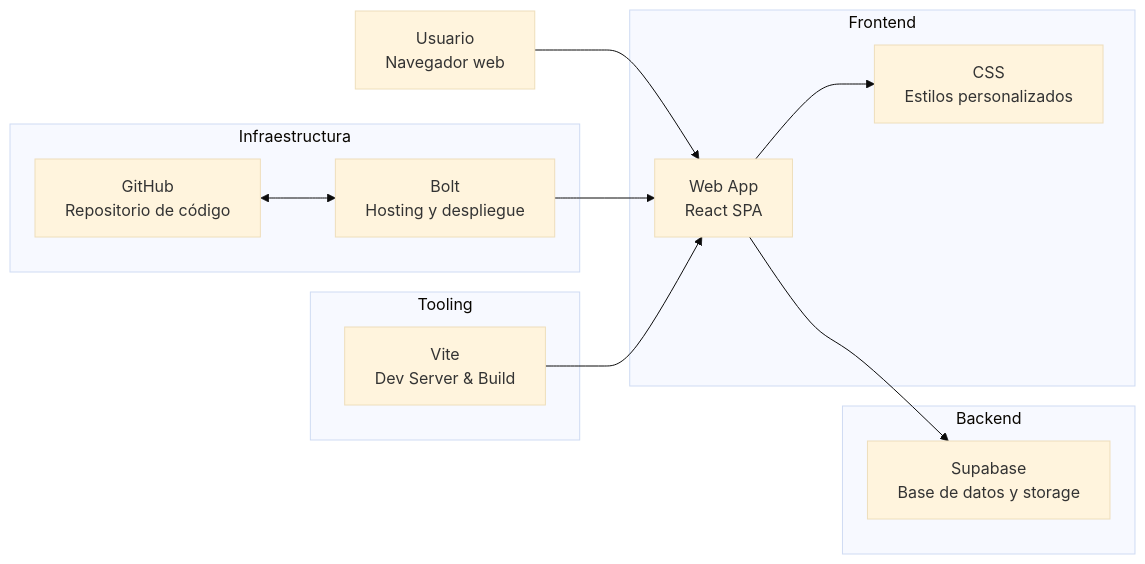
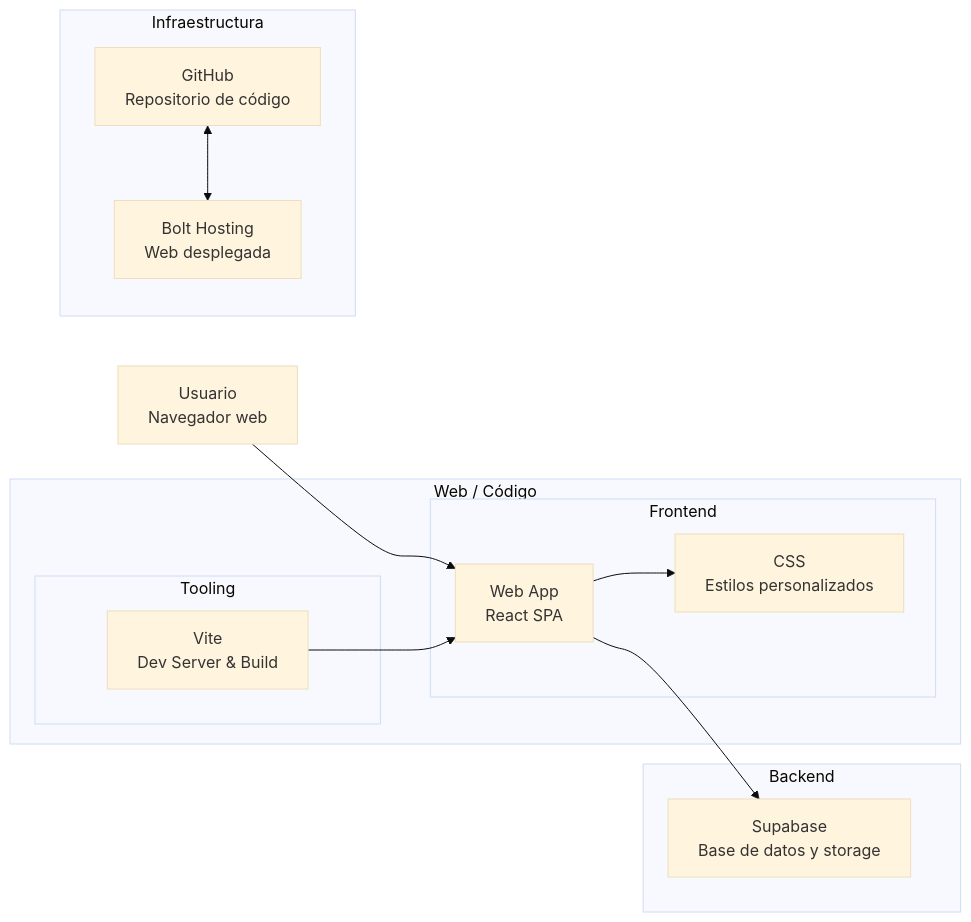
The diagram in README.md (nicomencia/peredaweb), drawn with Mermaid (base theme) before and after one commit. The commit also changed other lines of this file, not shown here.

````diff
--- a/README.md
+++ b/README.md
@@ -11,32 +11,32 @@
 ```mermaid
 flowchart LR
     User[Usuario<br/>Navegador web]
 
-    subgraph Frontend
-        Web[Web App<br/>React SPA]
-        CSS[CSS<br/>Estilos personalizados]
-    end
+    subgraph Code[Web / Código]
+        subgraph Frontend
+            Web[Web App<br/>React SPA]
+            CSS[CSS<br/>Estilos personalizados]
+        end
 
-    subgraph Tooling
-        Vite[Vite<br/>Dev Server & Build]
+        subgraph Tooling
+            Vite[Vite<br/>Dev Server & Build]
+        end
     end
 
     subgraph Backend
         Supabase[Supabase<br/>Base de datos y storage]
     end
 
     subgraph Infraestructura
-        Bolt[Bolt<br/>Hosting y despliegue]
+        Bolt[Bolt Hosting<br/>Web desplegada]
         GitHub[GitHub<br/>Repositorio de código]
     end
 
     User --> Web
     Web --> CSS
     Web --> Supabase
 
-    Bolt --> Web 
-
     Vite --> Web
 
     GitHub <--> Bolt
 ```
````
